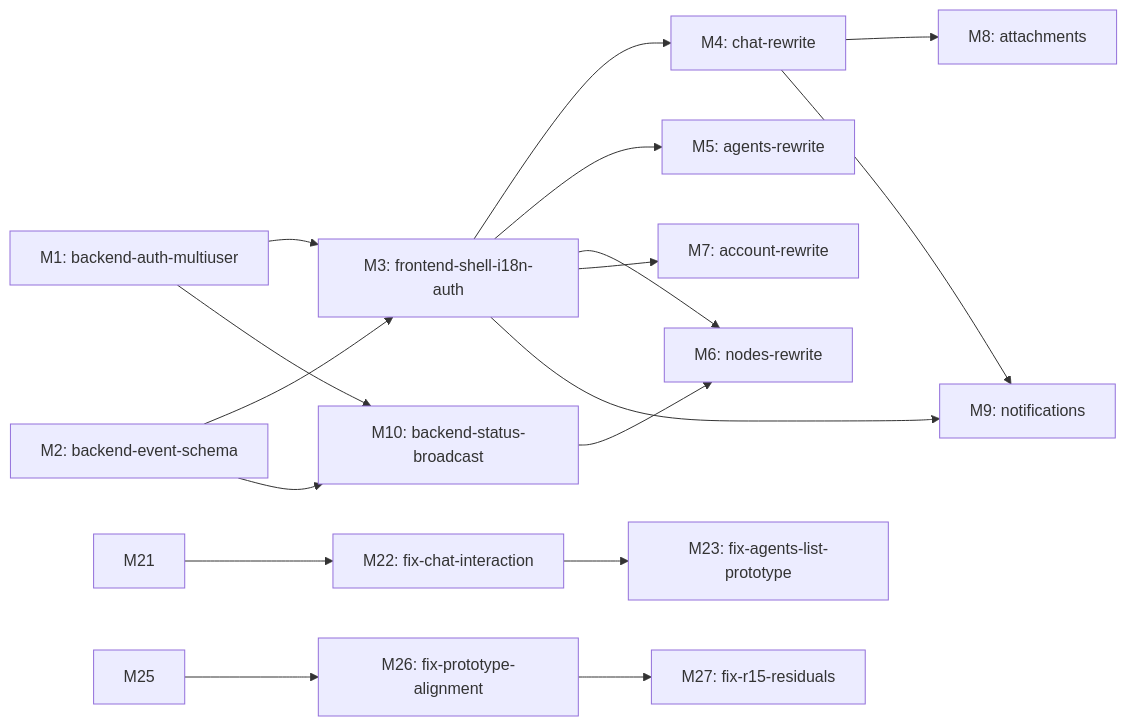
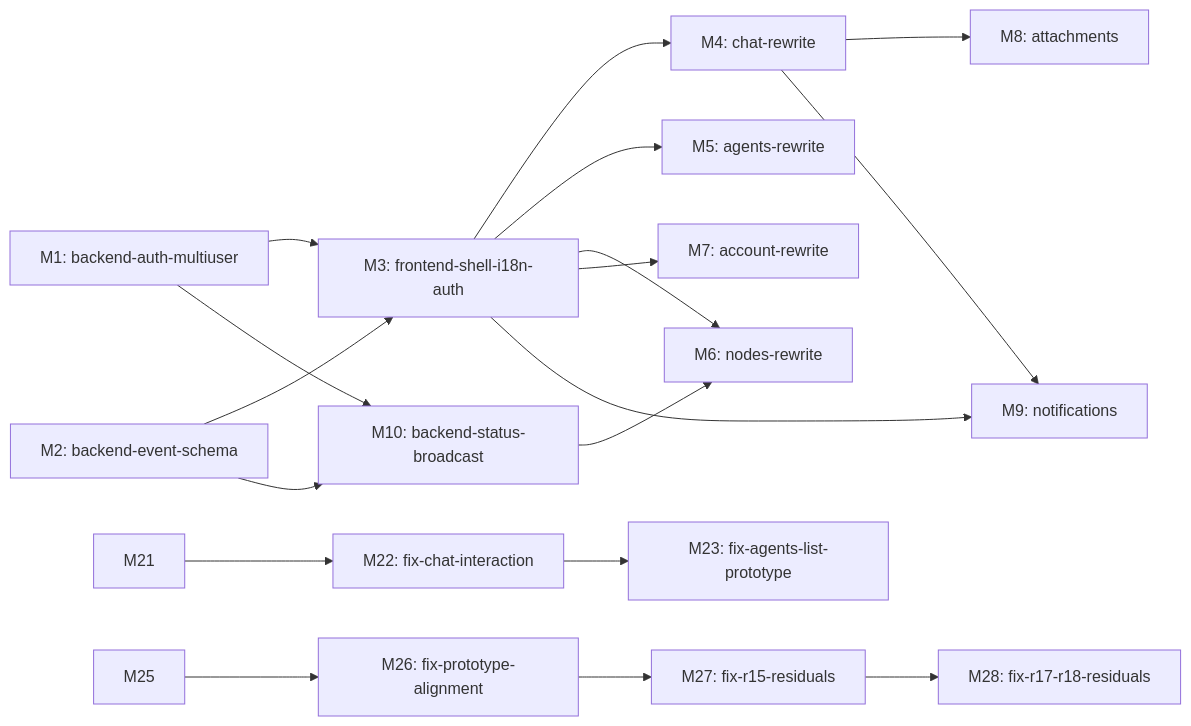
One commit to Mrchen116/nano-multiagent changed the diagram in docs/changes/feat-340-agent-native-im/design.md. Above: the diagram before and after it, drawn with Mermaid. The commit also changed other lines of this file, not shown here.

````diff
--- a/docs/changes/feat-340-agent-native-im/design.md
+++ b/docs/changes/feat-340-agent-native-im/design.md
@@ -365,19 +367,20 @@
 ```mermaid
 graph LR
   M1[M1: backend-auth-multiuser] --> M3[M3: frontend-shell-i18n-auth]
   M2[M2: backend-event-schema] --> M3
   M1 --> M10[M10: backend-status-broadcast]
   M2 --> M10
   M3 --> M4[M4: chat-rewrite]
   M3 --> M5[M5: agents-rewrite]
   M3 --> M6[M6: nodes-rewrite]
   M10 --> M6
   M3 --> M7[M7: account-rewrite]
   M4 --> M8[M8: attachments]
   M3 --> M9[M9: notifications]
   M4 --> M9
   M21 --> M22[M22: fix-chat-interaction]
   M22 --> M23[M23: fix-agents-list-prototype]
   M25 --> M26[M26: fix-prototype-alignment]
   M26 --> M27[M27: fix-r15-residuals]
+  M27 --> M28[M28: fix-r17-r18-residuals]
 ```
````
